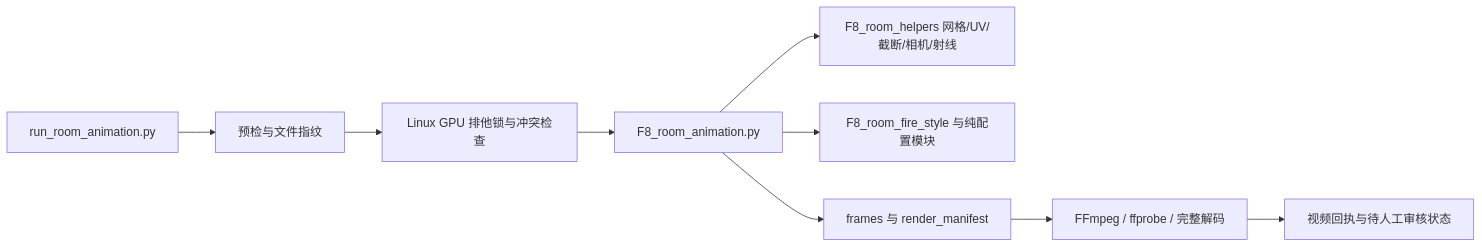
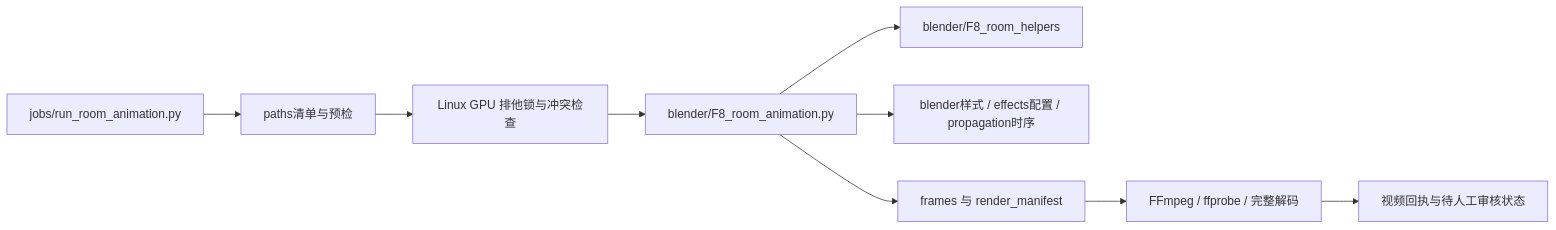
One commit to jiayi0329/burnroomvideo_byblender changed the second of 3 diagrams in docs/ARCHITECTURE.md. Above: the diagram before and after it, drawn with Mermaid. The commit also changed other lines of this file and 69 other files, not shown here.

````diff
--- a/docs/ARCHITECTURE.md
+++ b/docs/ARCHITECTURE.md
@@ -63,11 +65,11 @@
 ```mermaid
 flowchart LR
-    A[run_room_animation.py] --> B[预检与文件指纹]
+    A[jobs/run_room_animation.py] --> B[paths清单与预检]
     B --> C[Linux GPU 排他锁与冲突检查]
-    C --> D[F8_room_animation.py]
-    D --> E[F8_room_helpers 网格/UV/截断/相机/射线]
-    D --> G[F8_room_fire_style 与纯配置模块]
+    C --> D[blender/F8_room_animation.py]
+    D --> E[blender/F8_room_helpers]
+    D --> G[blender样式 / effects配置 / propagation时序]
     D --> H[frames 与 render_manifest]
     H --> I[FFmpeg / ffprobe / 完整解码]
     I --> J[视频回执与待人工审核状态]
 ```
````
